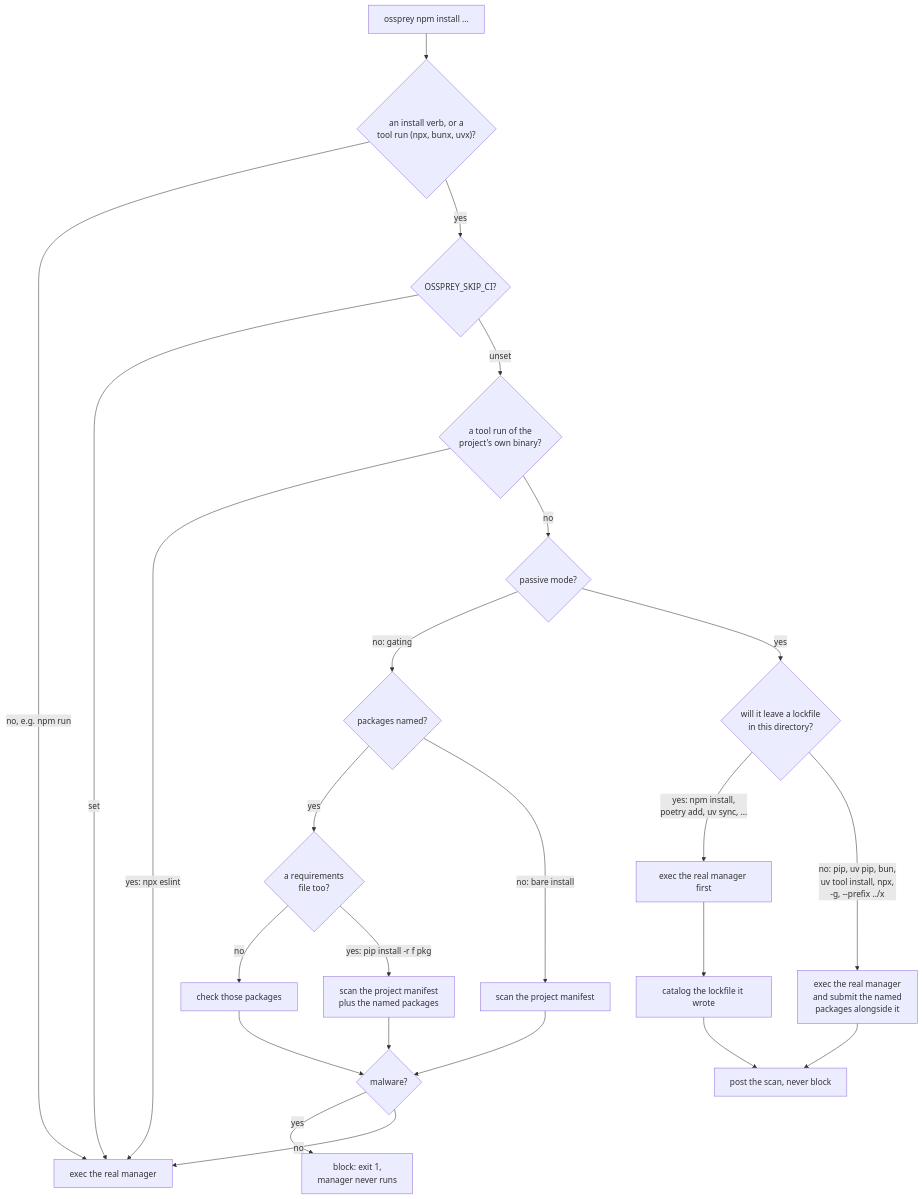
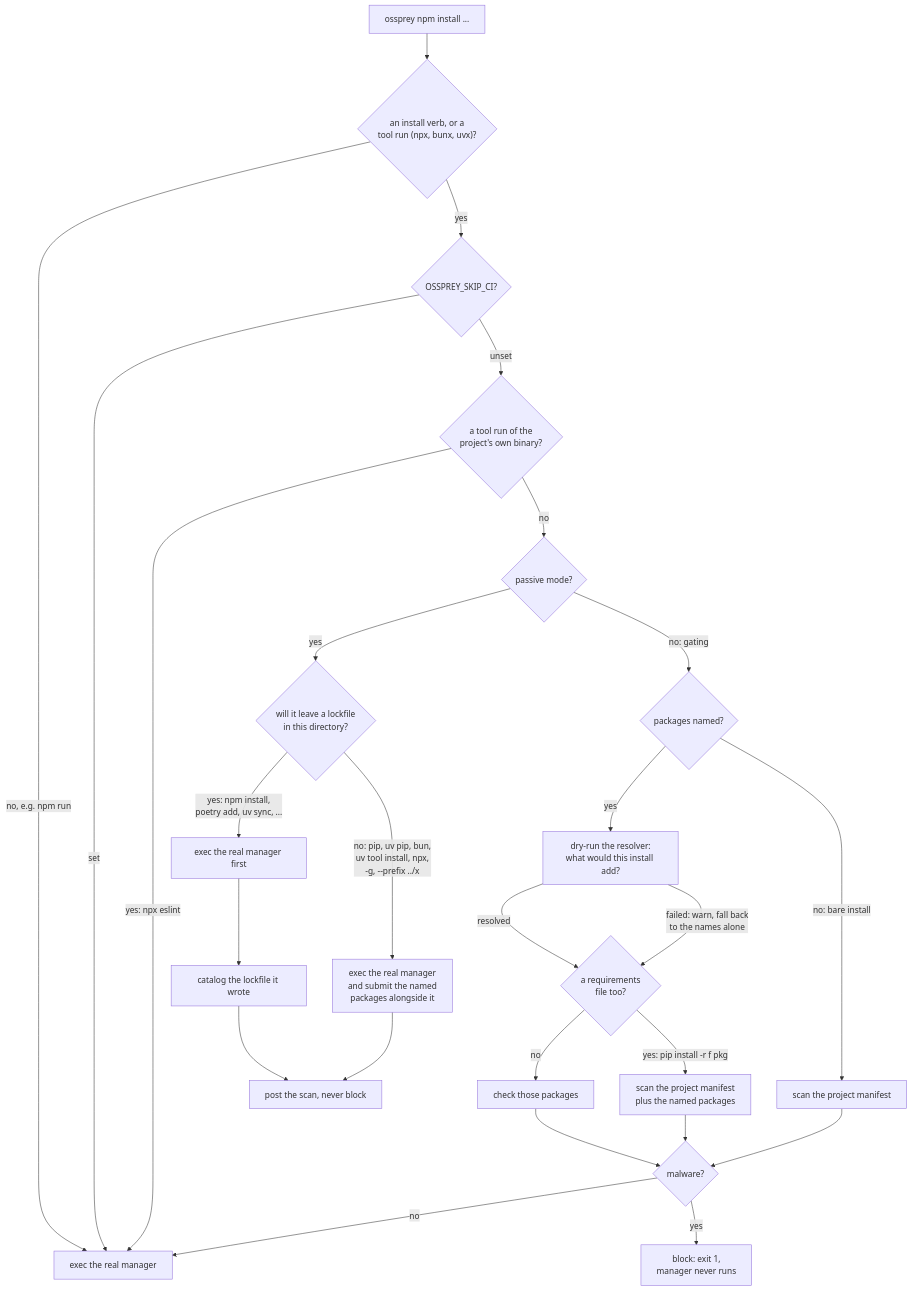
The second of 3 diagrams in docs/architecture.md (ossprey/ossprey-cli), drawn with Mermaid before and after one commit. The commit also changed other lines of this file and 16 other files, not shown here.

````diff
--- a/docs/architecture.md
+++ b/docs/architecture.md
@@ -48,28 +48,30 @@
 ```mermaid
 flowchart TD
     S["ossprey npm install ..."] --> T{"an install verb, or a<br/>tool run (npx, bunx, uvx)?"}
     T -- "no, e.g. npm run" --> U["exec the real manager"]
     T -- "yes" --> V{"OSSPREY_SKIP_CI?"}
     V -- "set" --> U
     V -- "unset" --> L{"a tool run of the<br/>project's own binary?"}
     L -- "yes: npx eslint" --> U
     L -- "no" --> W{"passive mode?"}
 
     W -- "no: gating" --> X{"packages named?"}
-    X -- "yes" --> R{"a requirements<br/>file too?"}
+    X -- "yes" --> E["dry-run the resolver:<br/>what would this install add?"]
+    E -- "resolved" --> R{"a requirements<br/>file too?"}
+    E -- "failed: warn, fall back<br/>to the names alone" --> R
     R -- "no" --> Y["check those packages"]
     R -- "yes: pip install -r f pkg" --> RZ["scan the project manifest<br/>plus the named packages"]
     X -- "no: bare install" --> Z["scan the project manifest"]
     Y --> AA{"malware?"}
     RZ --> AA
     Z --> AA
     AA -- "yes" --> AB["block: exit 1,<br/>manager never runs"]
     AA -- "no" --> U
 
     W -- "yes" --> AC{"will it leave a lockfile<br/>in this directory?"}
     AC -- "yes: npm install,<br/>poetry add, uv sync, ..." --> AD["exec the real manager first"]
     AD --> AE["catalog the lockfile it wrote"]
     AE --> AF["post the scan, never block"]
     AC -- "no: pip, uv pip, bun,<br/>uv tool install, npx,<br/>-g, --prefix ../x" --> AG["exec the real manager<br/>and submit the named<br/>packages alongside it"]
     AG --> AF
 ```
````
